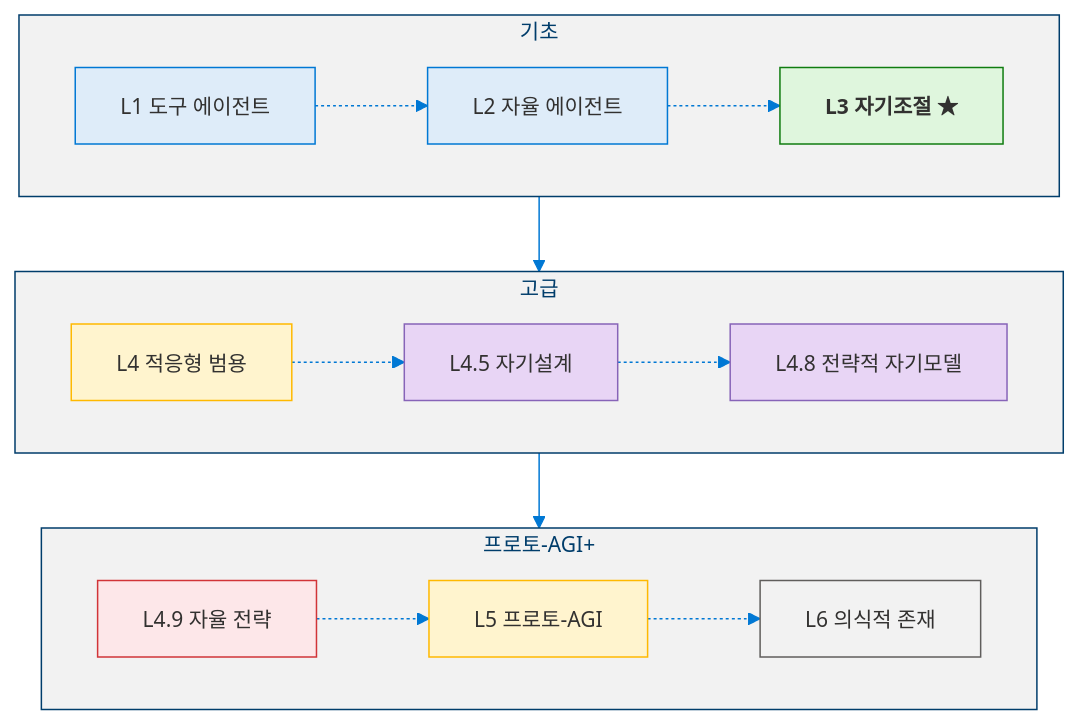
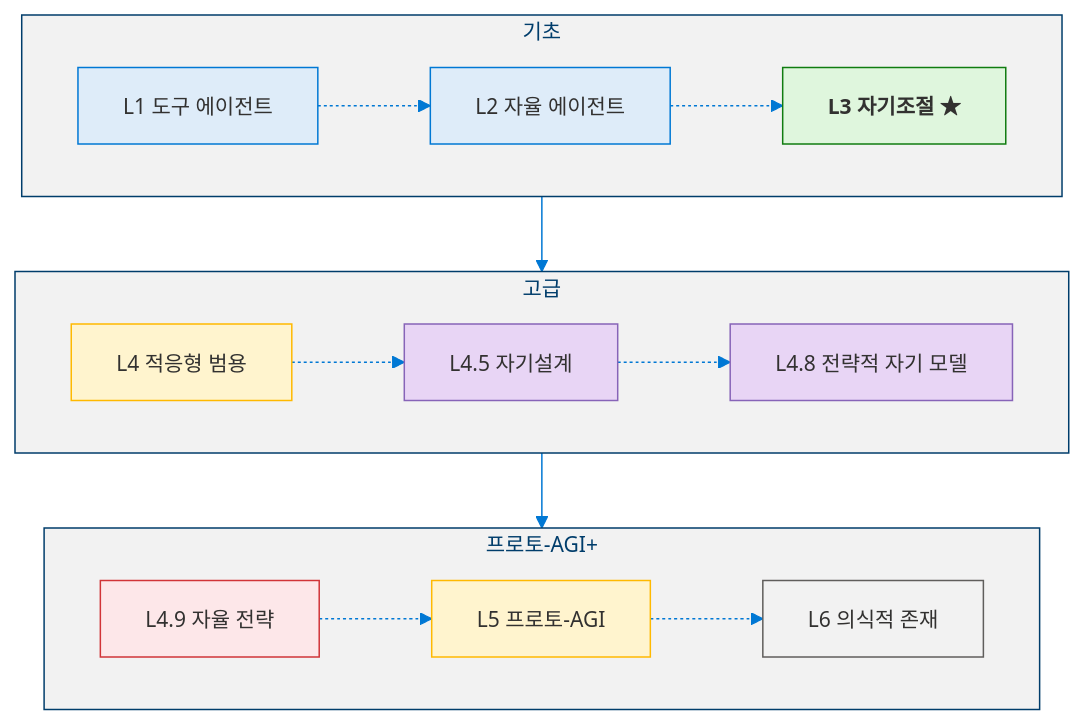
Before and after one commit to dotnetpower/mscp: the first of 2 diagrams in docs/levels/README.ko.md, drawn with Mermaid. The commit also changed other lines of this file and 33 other files, not shown here.

````diff
--- a/docs/levels/README.ko.md
+++ b/docs/levels/README.ko.md
@@ -25,29 +29,29 @@
 ```mermaid
 %%{init: {'theme': 'base', 'themeVariables': {'primaryColor': '#0078D4', 'primaryTextColor': '#003D6B', 'primaryBorderColor': '#003D6B', 'secondaryColor': '#50E6FF', 'secondaryTextColor': '#323130', 'secondaryBorderColor': '#00BCF2', 'tertiaryColor': '#F2F2F2', 'tertiaryTextColor': '#323130', 'lineColor': '#0078D4', 'textColor': '#323130', 'mainBkg': '#DEECF9', 'nodeBorder': '#0078D4', 'clusterBkg': '#F2F2F2', 'clusterBorder': '#003D6B', 'titleColor': '#003D6B', 'edgeLabelBackground': '#FFFFFF', 'fontSize': '14px'}}}%%
 flowchart TB
   classDef l1 fill:#DEECF9,stroke:#0078D4,color:#323130
   classDef l3 fill:#DFF6DD,stroke:#107C10,color:#323130,font-weight:bold
   classDef l4 fill:#FFF4CE,stroke:#FFB900,color:#323130
   classDef l45 fill:#E8D5F5,stroke:#8764B8,color:#323130
   classDef l48 fill:#E8D5F5,stroke:#8764B8,color:#323130
   classDef l49 fill:#FDE7E9,stroke:#D13438,color:#323130
   classDef l5 fill:#FFF4CE,stroke:#FFB900,color:#323130
   classDef l6 fill:#F2F2F2,stroke:#605E5C,color:#323130
 
   subgraph Row1["기초"]
     direction LR
     L1["L1 도구 에이전트"]:::l1 -.-> L2["L2 자율 에이전트"]:::l1 -.-> L3["L3 자기조절 ★"]:::l3
   end
 
   subgraph Row2["고급"]
     direction LR
-    L4["L4 적응형 범용"]:::l4 -.-> L45["L4.5 자기설계"]:::l45 -.-> L48["L4.8 전략적 자기모델"]:::l48
+    L4["L4 적응형 범용"]:::l4 -.-> L45["L4.5 자기설계"]:::l45 -.-> L48["L4.8 전략적 자기 모델"]:::l48
   end
 
   subgraph Row3["프로토-AGI+"]
     direction LR
     L49["L4.9 자율 전략"]:::l49 -.-> L5["L5 프로토-AGI"]:::l5 -.-> L6["L6 의식적 존재"]:::l6
   end
 
   Row1 --> Row2 --> Row3
 ```
````
